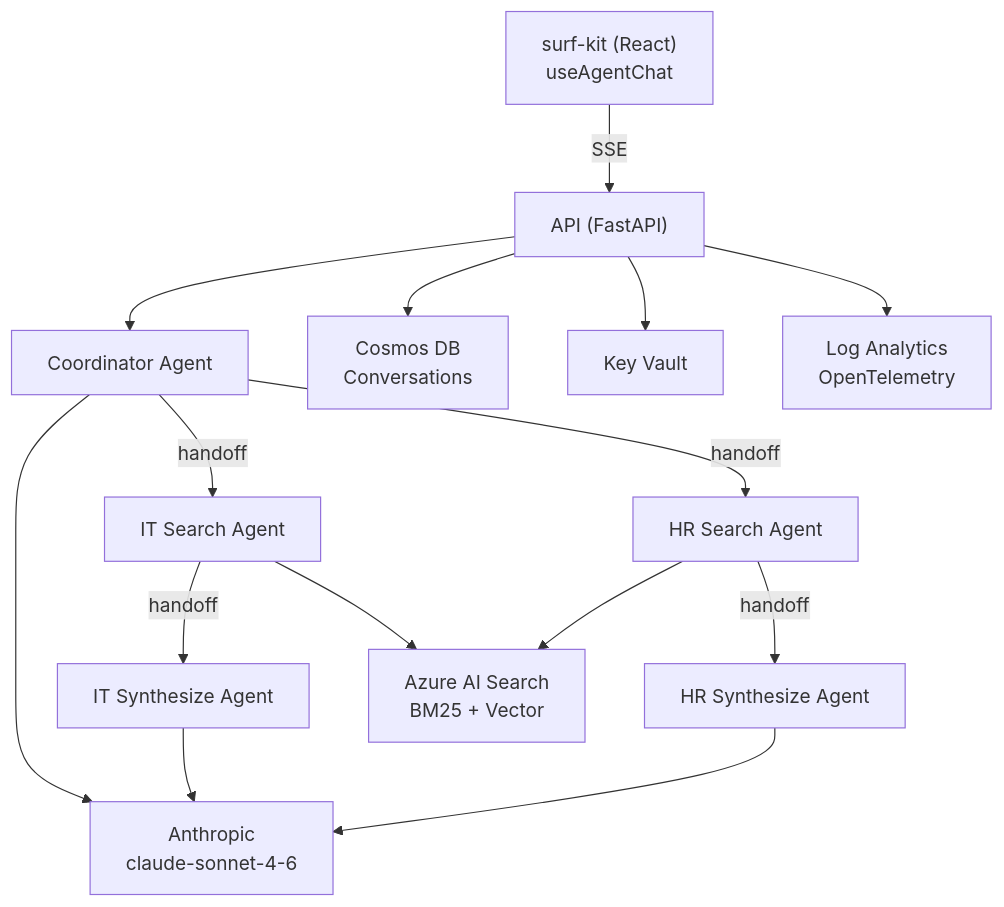
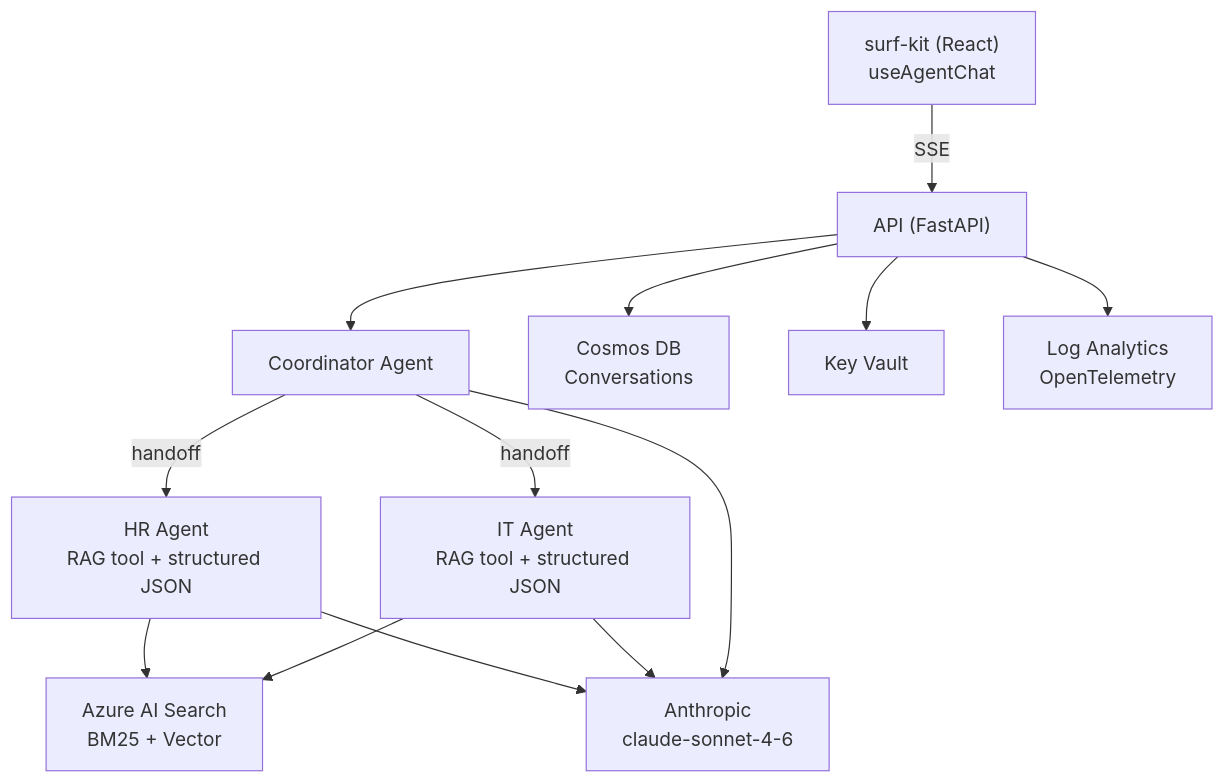
One commit to barney-w/surf changed the first of 2 diagrams in README.md. Above: the diagram before and after it, drawn with Mermaid. The commit also changed other lines of this file and 17 other files, not shown here.

````diff
--- a/README.md
+++ b/README.md
@@ -86,30 +86,26 @@
 ```mermaid
 graph TD
   client["surf-kit (React)<br/>useAgentChat"]
   api["API (FastAPI)"]
   coordinator["Coordinator Agent"]
-  search_hr["HR Search Agent"]
-  search_it["IT Search Agent"]
-  synth_hr["HR Synthesize Agent"]
-  synth_it["IT Synthesize Agent"]
+  hr_agent["HR Agent<br/>RAG tool + structured JSON"]
+  it_agent["IT Agent<br/>RAG tool + structured JSON"]
   aisearch["Azure AI Search<br/>BM25 + Vector"]
   anthropic["Anthropic<br/>claude-sonnet-4-6"]
   cosmos["Cosmos DB<br/>Conversations"]
   keyvault["Key Vault"]
   logs["Log Analytics<br/>OpenTelemetry"]
 
   client -->|SSE| api
   api --> coordinator
-  coordinator -->|handoff| search_hr
-  coordinator -->|handoff| search_it
-  search_hr --> aisearch
-  search_it --> aisearch
-  search_hr -->|handoff| synth_hr
-  search_it -->|handoff| synth_it
-  synth_hr --> anthropic
-  synth_it --> anthropic
+  coordinator -->|handoff| hr_agent
+  coordinator -->|handoff| it_agent
+  hr_agent --> aisearch
+  it_agent --> aisearch
+  hr_agent --> anthropic
+  it_agent --> anthropic
   coordinator --> anthropic
   api --> cosmos
   api --> keyvault
   api --> logs
 ```
````
